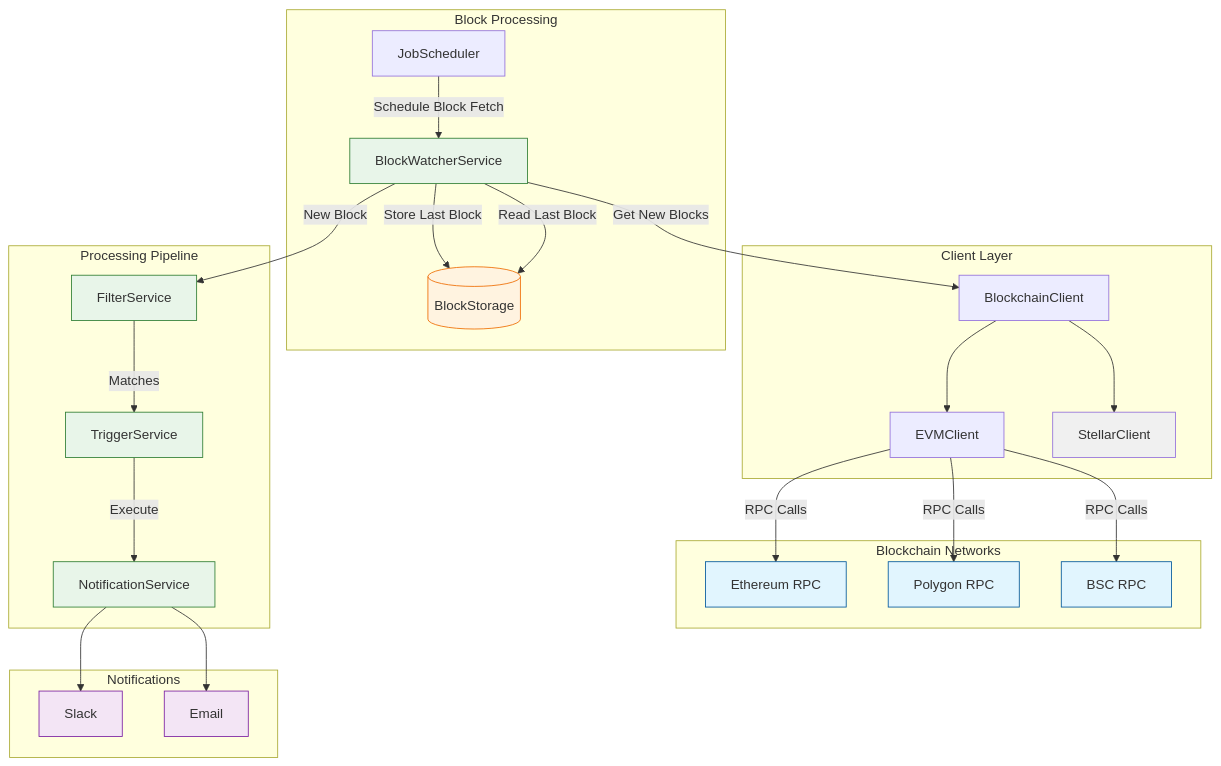
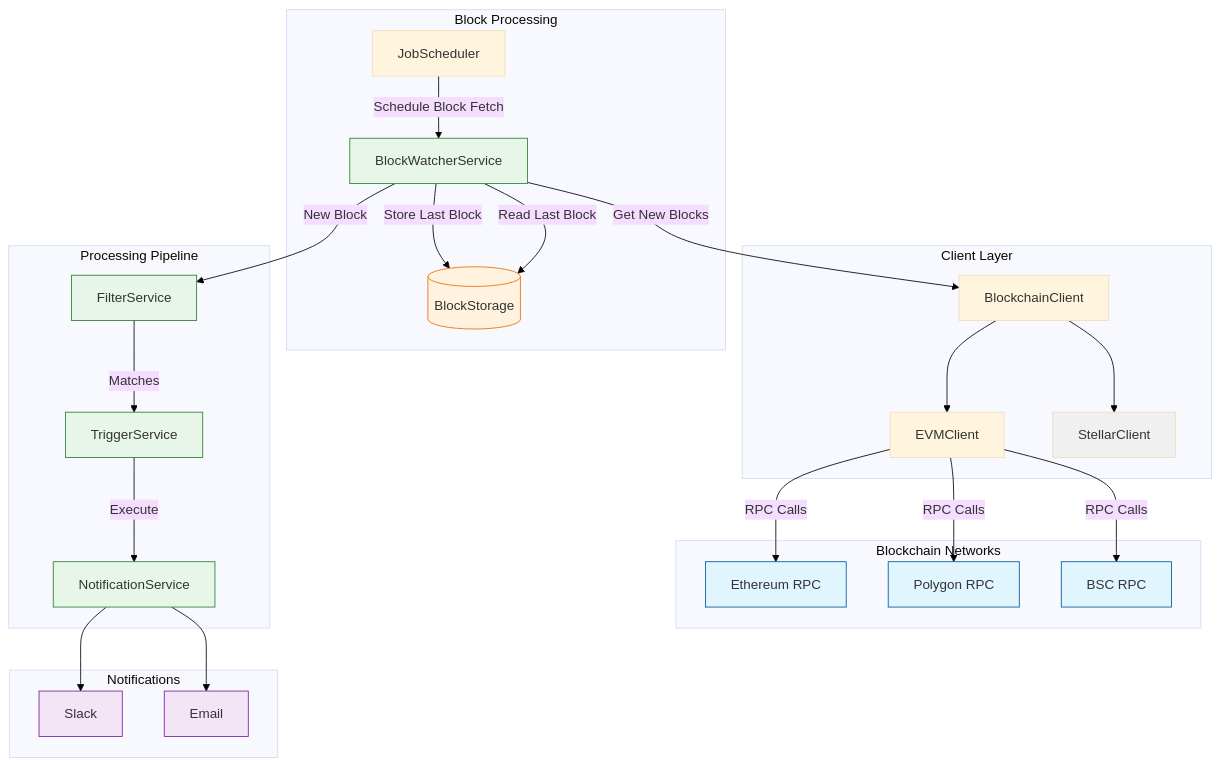
Before and after one commit to OpenZeppelin/openzeppelin-monitor: the diagram in README.md, drawn with Mermaid. The commit also changed other lines of this file, not shown here.

Commit message:
fix: mermaid background and examples

````diff
--- a/README.md
+++ b/README.md
@@ -7,63 +7,64 @@
 ```mermaid
+%%{init: {'theme': 'base', 'themeVariables': { 'background': '#ffffff' }}}%%
 graph TD
     subgraph Blockchain Networks
         ETH[Ethereum RPC]
         POL[Polygon RPC]
         BSC[BSC RPC]
     end
 
     subgraph Block Processing
         BW[BlockWatcherService]
         BS[(BlockStorage)]
         JS[JobScheduler]
     end
 
     subgraph Client Layer
         BC[BlockchainClient]
         EVM[EVMClient]
         STL[StellarClient]
     end
 
     subgraph Processing Pipeline
         FS[FilterService]
         TS[TriggerService]
         NS[NotificationService]
     end
 
     subgraph Notifications
         Slack
         Email
     end
 
     %% Block Processing Flow
     JS -->|Schedule Block Fetch| BW
     BW -->|Store Last Block| BS
     BW -->|Read Last Block| BS
     BW -->|Get New Blocks| BC
 
     %% Client Connections
     BC --> EVM
     BC --> STL
     EVM -->|RPC Calls| ETH
     EVM -->|RPC Calls| POL
     EVM -->|RPC Calls| BSC
 
     %% Processing Flow
     BW -->|New Block| FS
     FS -->|Matches| TS
     TS -->|Execute| NS
     NS --> Slack
     NS --> Email
 
     style STL fill:#f0f0f0
 
     classDef rpc fill:#e1f5fe,stroke:#01579b
     classDef storage fill:#fff3e0,stroke:#ef6c00
     classDef service fill:#e8f5e9,stroke:#2e7d32
     classDef notification fill:#f3e5f5,stroke:#7b1fa2
 
     class ETH,POL,BSC rpc
     class BS storage
     class BW,FS,TS,NS service
     class Slack,Email notification
 ```
````
